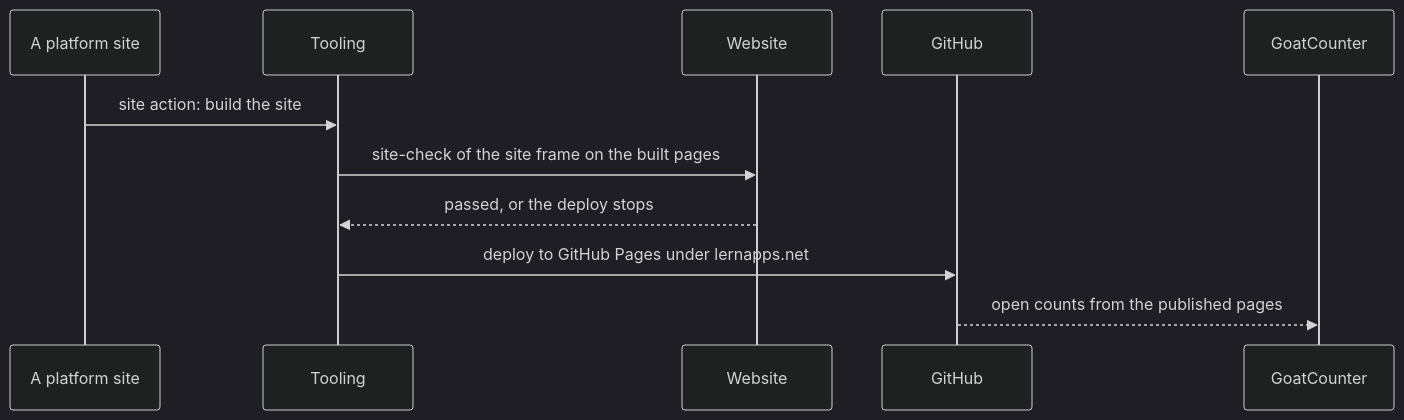
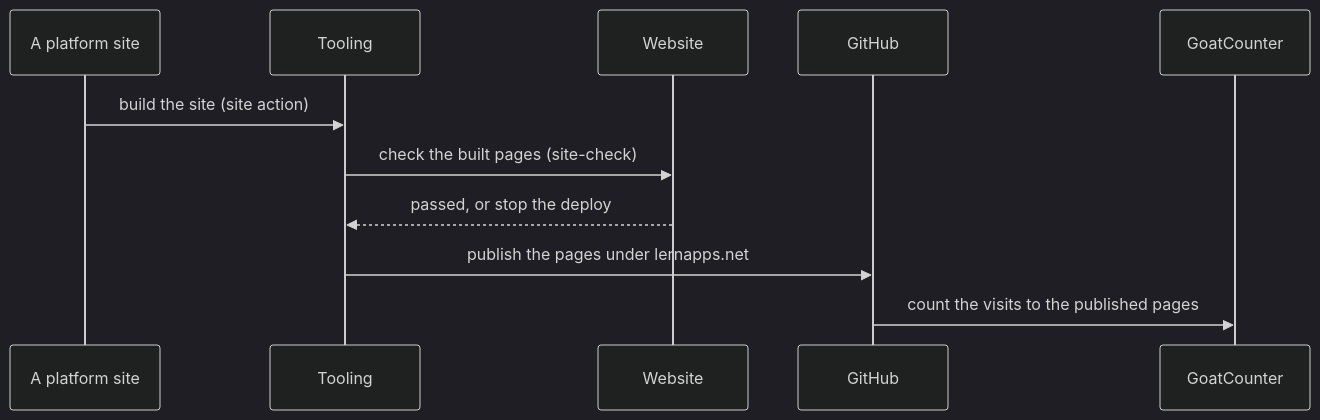
The sixth of 6 diagrams in docs/arc42/06-runtime-view.arc42.md (lernapps/docs), drawn with Mermaid (dark theme) before and after one commit. The commit also changed other lines of this file and 33 other files, not shown here.

First line of the commit message:
feat(docs): the start page is an overview of the target state, generated from platform design and architecture (#50)

````diff
--- a/docs/arc42/06-runtime-view.arc42.md
+++ b/docs/arc42/06-runtime-view.arc42.md
@@ -241,13 +272,13 @@
 ```mermaid
 sequenceDiagram
     participant docs as A platform site
     participant tooling as Tooling
     participant website as Website
     participant github as GitHub
     participant counter as GoatCounter
-    docs->>tooling: site action: build the site
-    tooling->>website: site-check of the site frame on the built pages
-    website-->>tooling: passed, or the deploy stops
-    tooling->>github: deploy to GitHub Pages under lernapps.net
-    github-->>counter: open counts from the published pages
+    docs->>tooling: build the site (site action)
+    tooling->>website: check the built pages (site-check)
+    website-->>tooling: passed, or stop the deploy
+    tooling->>github: publish the pages under lernapps.net
+    github->>counter: count the visits to the published pages
 ```
````
